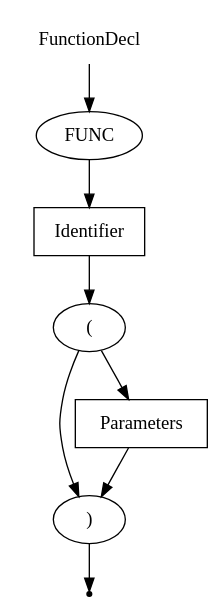
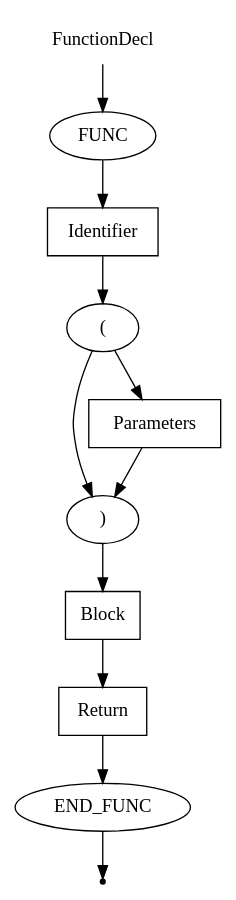
One commit to EgorGoluzin/DSL changed the diagram in DSLTools/examples/RBNFEXPRESSIONSTESTRULES/wirth/FunctionDecl.gv. Above: the diagram before and after it, drawn with Graphviz. The commit also changed 8 other files, not shown here.

```diff
--- a/DSLTools/examples/RBNFEXPRESSIONSTESTRULES/wirth/FunctionDecl.gv
+++ b/DSLTools/examples/RBNFEXPRESSIONSTESTRULES/wirth/FunctionDecl.gv
@@ -1,16 +1,22 @@
 digraph FunctionDecl {
   start [label="FunctionDecl" shape=plaintext];
   A [label="FUNC" shape=oval];
   B [label="Identifier" shape=box];
   C [label="(" shape=oval];
   D [label=")" shape=oval];
   E [label="Parameters" shape=box];
+  F [label="Block" shape=box];
+  G [label="Return" shape=box];
+  H [label="END_FUNC" shape=oval];
   end [label="" shape=point];
   start -> A;
   A -> B;
   B -> C;
   C -> E;
   C -> D;
-  D -> end;
+  D -> F;
   E -> D;
+  F -> G;
+  G -> H;
+  H -> end;
 }
```
